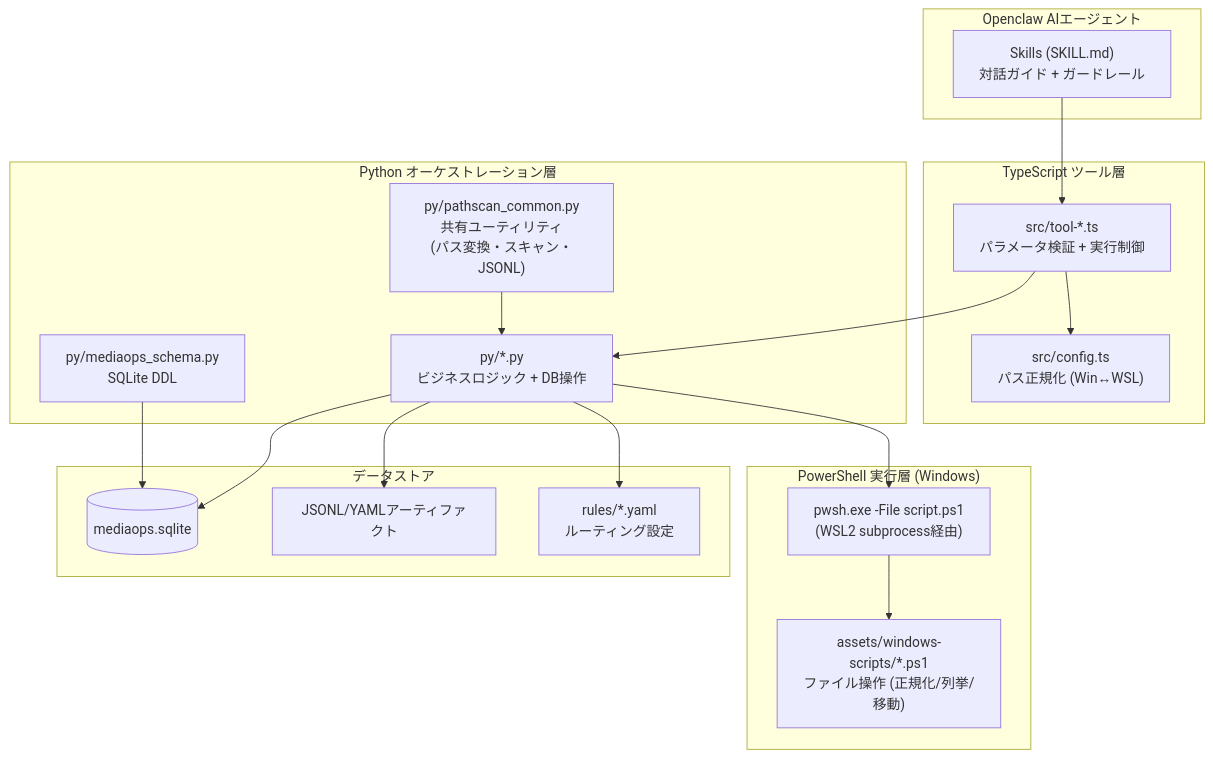
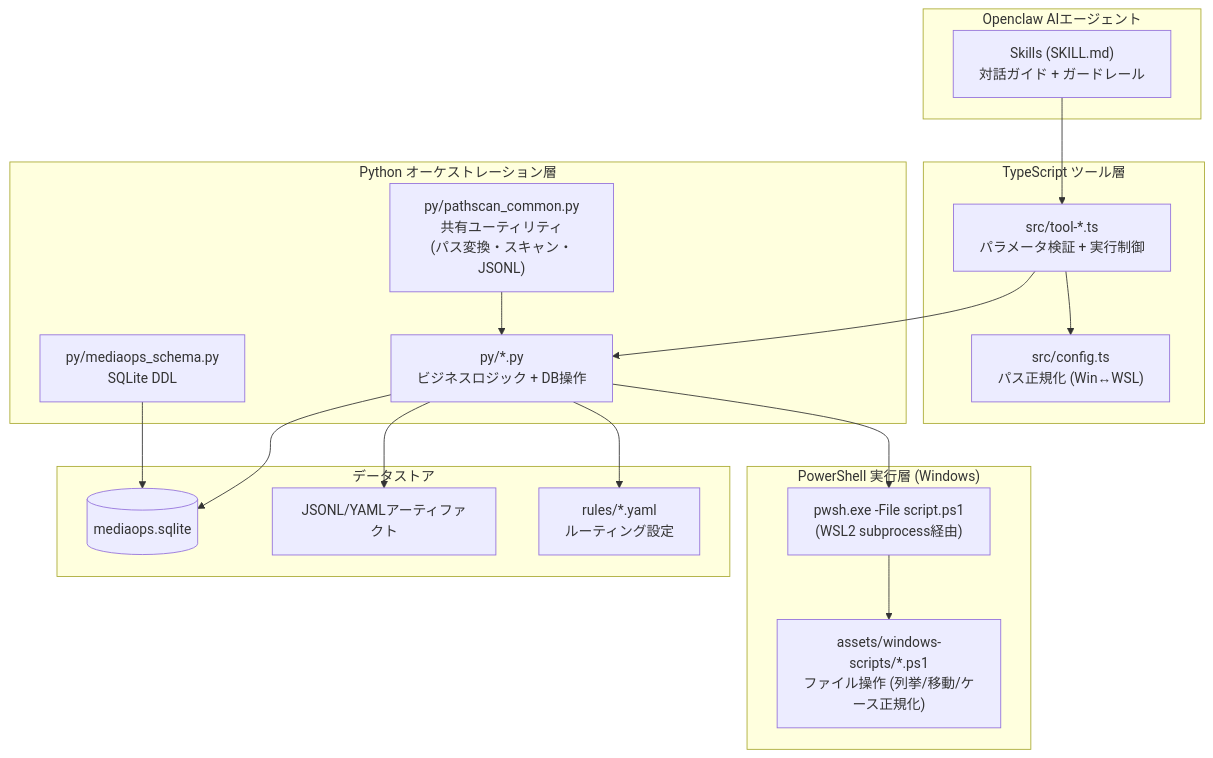
One commit to NEXTAltair/video-library-pipeline changed the second of 10 diagrams in README.md. Above: the diagram before and after it, drawn with Mermaid. The commit also changed other lines of this file, not shown here.

Commit message:
Remove stale normalize references from README (Issue #45)

````diff
--- a/README.md
+++ b/README.md
@@ -51,36 +51,36 @@
 ```mermaid
 graph TB
     subgraph "Openclaw AIエージェント"
         SKILLS["Skills (SKILL.md)<br/>対話ガイド + ガードレール"]
     end
 
     subgraph "TypeScript ツール層"
         TOOLS["src/tool-*.ts<br/>パラメータ検証 + 実行制御"]
         CONFIG["src/config.ts<br/>パス正規化 (Win↔WSL)"]
     end
 
     subgraph "Python オーケストレーション層"
         PY_COMMON["py/pathscan_common.py<br/>共有ユーティリティ<br/>(パス変換・スキャン・JSONL)"]
         PY_MAIN["py/*.py<br/>ビジネスロジック + DB操作"]
         SCHEMA["py/mediaops_schema.py<br/>SQLite DDL"]
     end
 
     subgraph "PowerShell 実行層 (Windows)"
-        PS["assets/windows-scripts/*.ps1<br/>ファイル操作 (正規化/列挙/移動)"]
+        PS["assets/windows-scripts/*.ps1<br/>ファイル操作 (列挙/移動/ケース正規化)"]
         PWSH["pwsh.exe -File script.ps1<br/>(WSL2 subprocess経由)"]
     end
 
     subgraph "データストア"
         DB[("mediaops.sqlite")]
         JSONL["JSONL/YAMLアーティファクト"]
         RULES["rules/*.yaml<br/>ルーティング設定"]
     end
 
     SKILLS --> TOOLS --> PY_MAIN
     TOOLS --> CONFIG
     PY_COMMON --> PY_MAIN
     PY_MAIN --> PWSH --> PS
     PY_MAIN --> DB & JSONL
     PY_MAIN --> RULES
     SCHEMA --> DB
 ```
````
